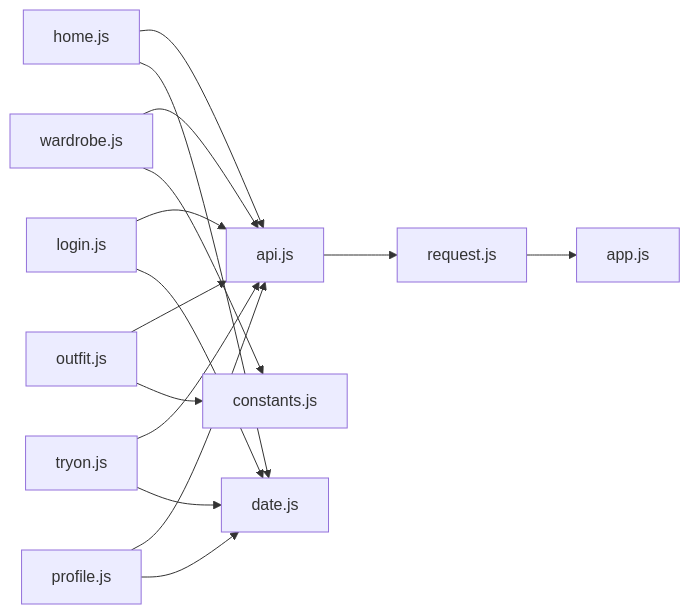
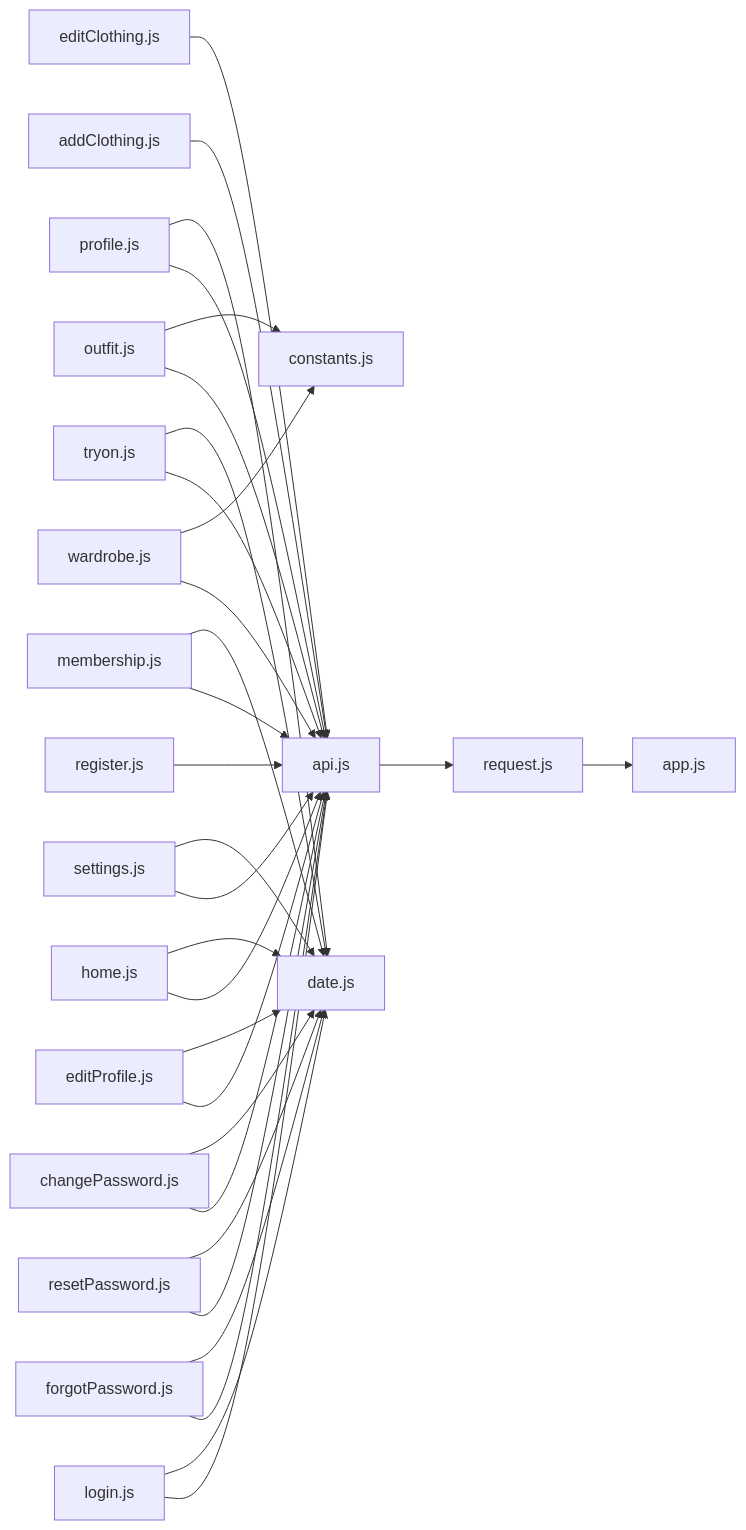
Before and after one commit to lsqwawa/free-dress: diagram 12 of 12 in .qoder/repowiki/zh/content/微信小程序开发/微信小程序开发.md, drawn with Mermaid. The commit also changed other lines of this file and 55 other files, not shown here.

````diff
--- a/.qoder/repowiki/zh/content/微信小程序开发/微信小程序开发.md
+++ b/.qoder/repowiki/zh/content/微信小程序开发/微信小程序开发.md
@@ -362,17 +540,32 @@
 ```mermaid
 graph LR
-HOME["home.js"] --> API["api.js"]
-LOGIN["login.js"] --> API
+LOGIN["login.js"] --> API["api.js"]
+REGISTER["register.js"] --> API
+FORGOT["forgotPassword.js"] --> API
+RESET["resetPassword.js"] --> API
+CHANGE["changePassword.js"] --> API
+EDITPROFILE["editProfile.js"] --> API
+SETTINGS["settings.js"] --> API
+MEMBERSHIP["membership.js"] --> API
+ADD["addClothing.js"] --> API
+EDIT["editClothing.js"] --> API
+HOME["home.js"] --> API
 WARDROBE["wardrobe.js"] --> API
 OUTFIT["outfit.js"] --> API
 TRYON["tryon.js"] --> API
 PROFILE["profile.js"] --> API
 API --> REQ["request.js"]
 REQ --> APP["app.js"]
 WARDROBE --> CONST["constants.js"]
 OUTFIT --> CONST
 HOME --> DATE["date.js"]
 LOGIN --> DATE
+FORGOT --> DATE
+RESET --> DATE
+CHANGE --> DATE
+EDITPROFILE --> DATE
+SETTINGS --> DATE
+MEMBERSHIP --> DATE
 TRYON --> DATE
 PROFILE --> DATE
 ```
````
